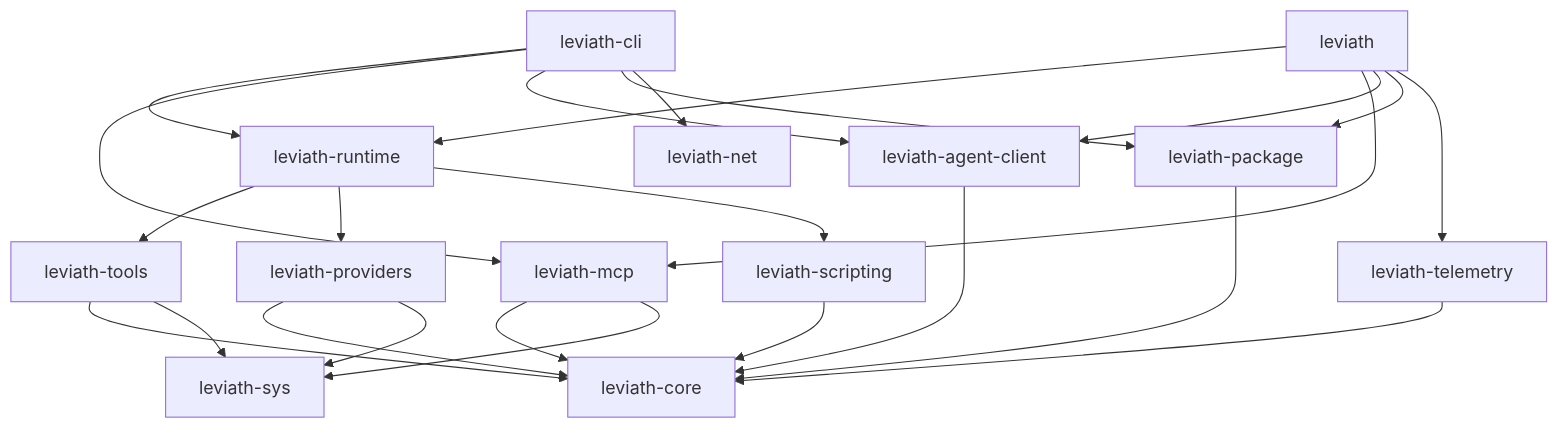
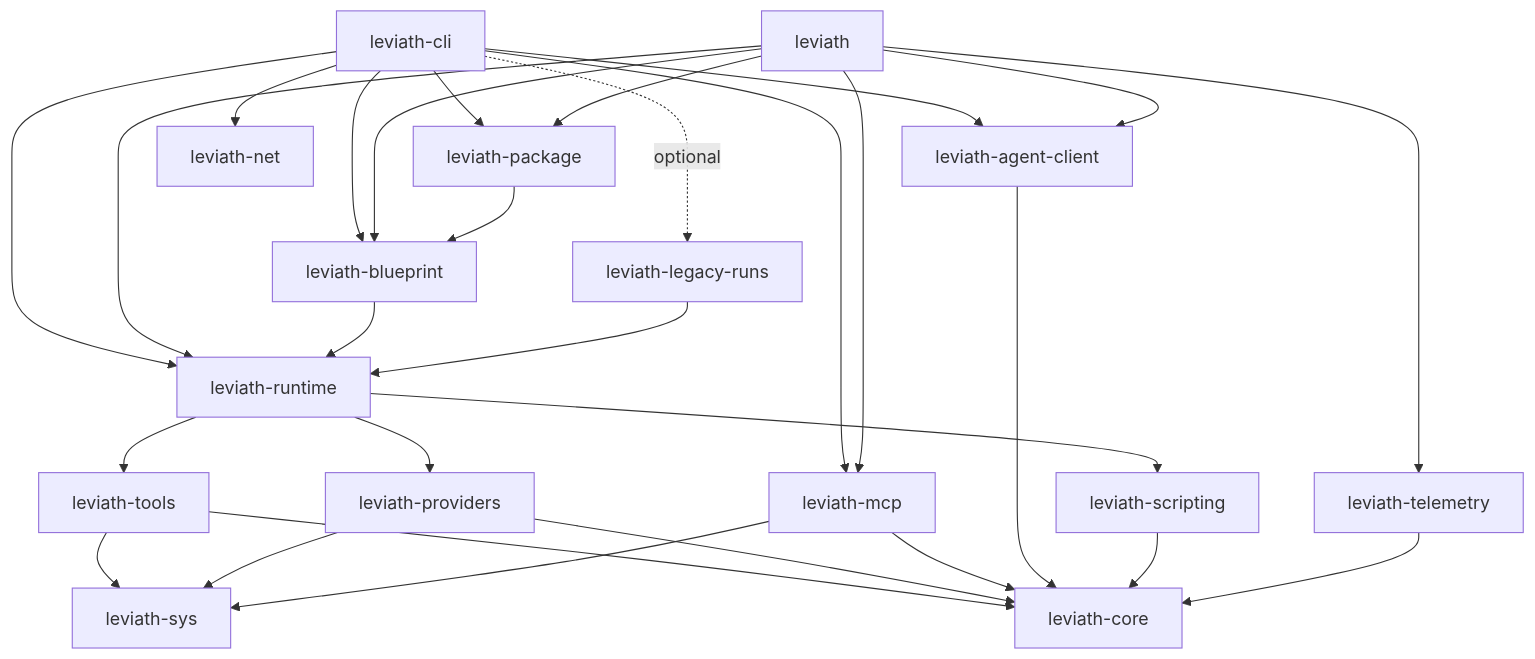
One commit to GEMISIS/leviath changed the diagram in README.md. Above: the diagram before and after it, drawn with Mermaid. The commit also changed other lines of this file and 849 other files, not shown here.

````diff
--- a/README.md
+++ b/README.md
@@ -312,40 +313,47 @@
 ```mermaid
 graph TD
     CLI["leviath-cli"]
     LIB["leviath"]
     RT["leviath-runtime"]
     TOOLS["leviath-tools"]
     PROV["leviath-providers"]
     CORE["leviath-core"]
     MCP["leviath-mcp"]
     ACP["leviath-agent-client"]
+    BP["leviath-blueprint"]
+    LEGACY["leviath-legacy-runs"]
     PKG["leviath-package"]
     SCRIPT["leviath-scripting"]
     TELEM["leviath-telemetry"]
     NET["leviath-net"]
     SYS["leviath-sys"]
 
     CLI --> RT
     CLI --> MCP
     CLI --> ACP
+    CLI --> BP
     CLI --> PKG
     CLI --> NET
+    CLI -.->|optional| LEGACY
     LIB --> RT
     LIB --> MCP
     LIB --> ACP
     LIB --> PKG
     LIB --> TELEM
+    LIB --> BP
     RT --> TOOLS
     RT --> PROV
     RT --> SCRIPT
     TOOLS --> CORE
     TOOLS --> SYS
     PROV --> CORE
     PROV --> SYS
     MCP --> CORE
     MCP --> SYS
     ACP --> CORE
-    PKG --> CORE
+    PKG --> BP
+    BP --> RT
+    LEGACY --> RT
     SCRIPT --> CORE
     TELEM --> CORE
 ```
````
